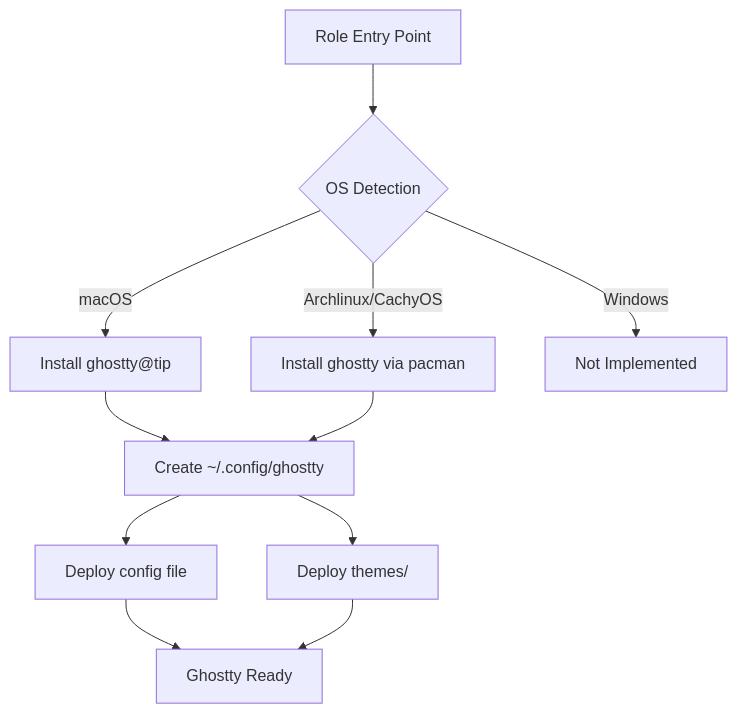
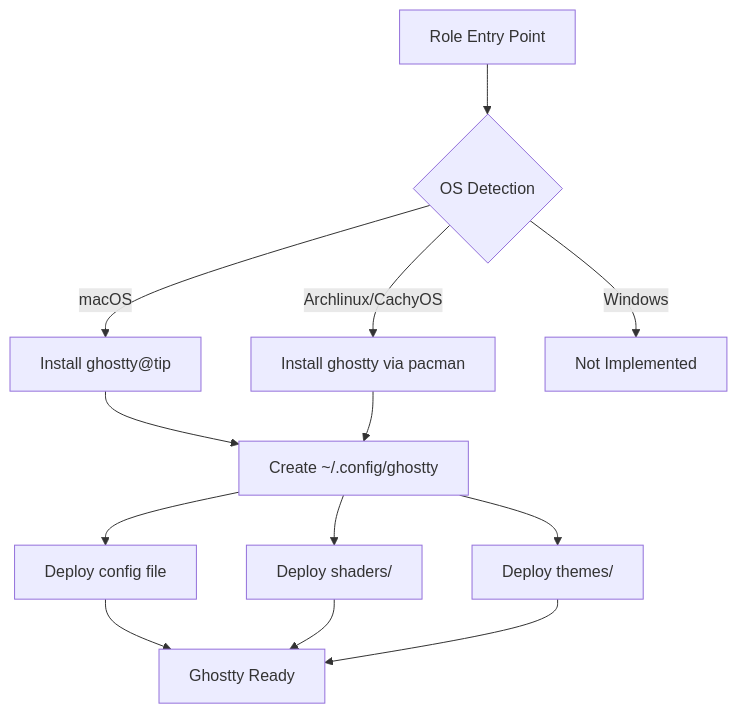
Before and after one commit to uarslandev/infra: the diagram in dotfiles/roles/ghostty/README.md, drawn with Mermaid. The commit also changed other lines of this file and 3 other files, not shown here.

````diff
--- a/dotfiles/roles/ghostty/README.md
+++ b/dotfiles/roles/ghostty/README.md
@@ -81,13 +86,15 @@
 ```mermaid
 graph TD
     A[Role Entry Point] --> B{OS Detection}
     B -->|macOS| C[Install ghostty@tip]
     B -->|Archlinux/CachyOS| D[Install ghostty via pacman]
     B -->|Windows| E[Not Implemented]
     C --> F[Create ~/.config/ghostty]
     D --> F
     F --> G[Deploy config file]
-    F --> H[Deploy themes/]
-    G --> I[Ghostty Ready]
-    H --> I
+    F --> H[Deploy shaders/]
+    F --> I[Deploy themes/]
+    G --> J[Ghostty Ready]
+    H --> J
+    I --> J
 ```
````
